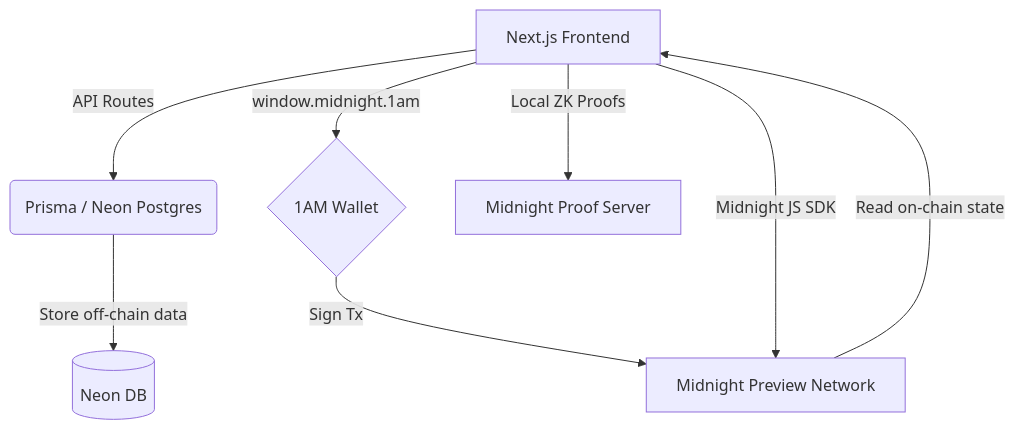
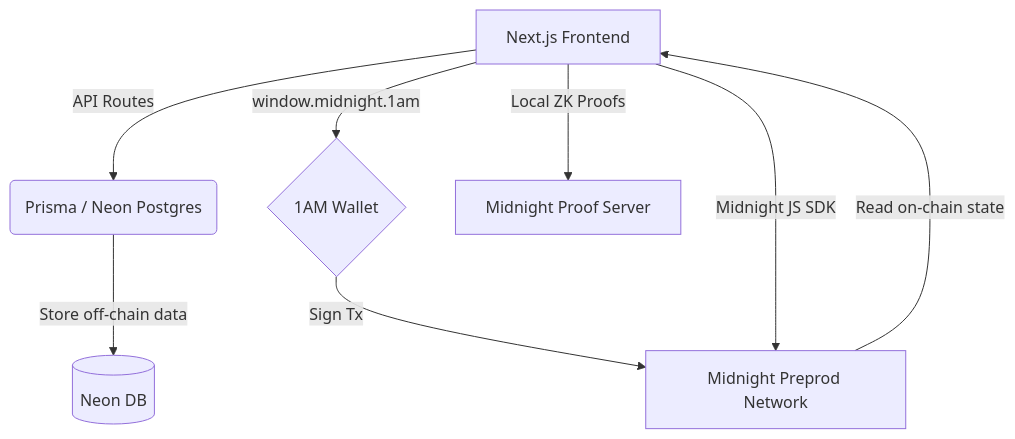
Before and after one commit to shivam-s-dev/zkauction-midnight: the first of 2 diagrams in README.md, drawn with Mermaid. The commit also changed other lines of this file, not shown here.

Commit message:
fix: update README to reflect deployment on Midnight Preprod Network

````diff
--- a/README.md
+++ b/README.md
@@ -160,10 +216,10 @@
 ```mermaid
 graph TD
     A[Next.js Frontend] -->|API Routes| B(Prisma / Neon Postgres)
     A -->|window.midnight.1am| C{1AM Wallet}
-    C -->|Sign Tx| D[Midnight Preview Network]
+    C -->|Sign Tx| D[Midnight Preprod Network]
     A -->|Midnight JS SDK| D
     A -->|Local ZK Proofs| E[Midnight Proof Server]
     B -->|Store off-chain data| F[(Neon DB)]
     D -->|Read on-chain state| A
 ```
````
